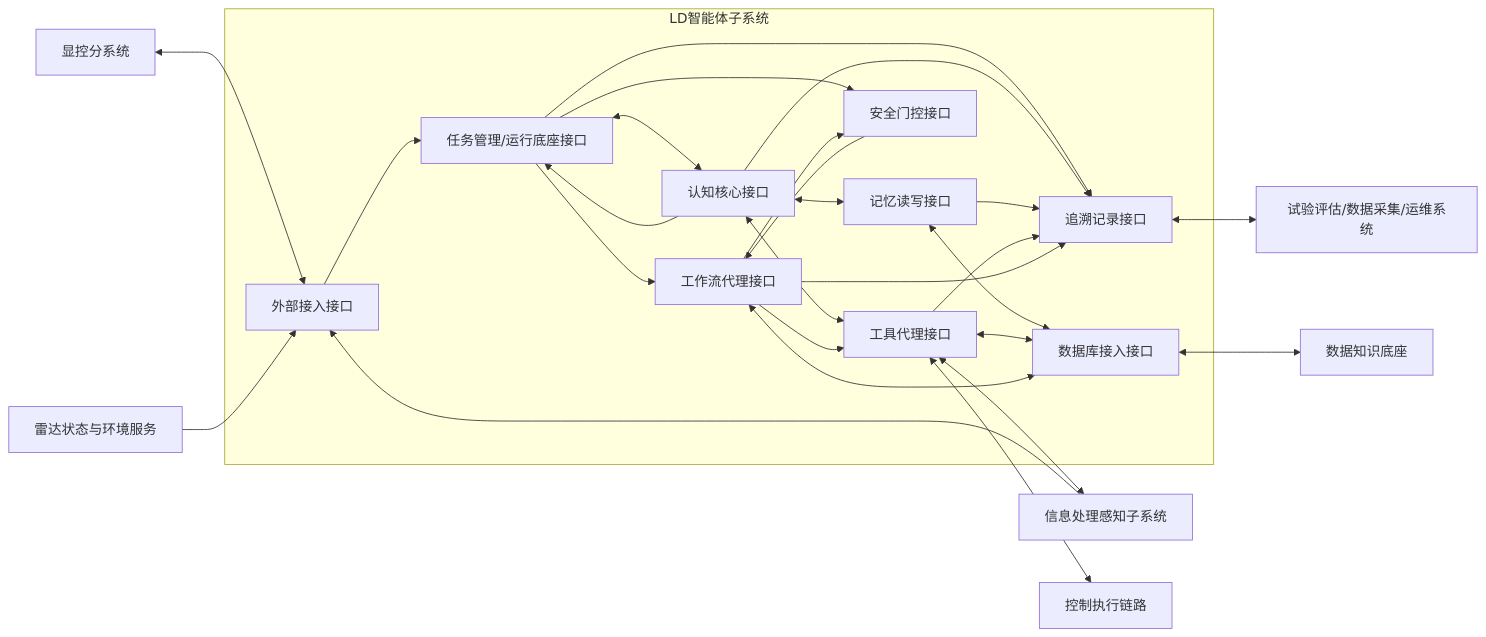
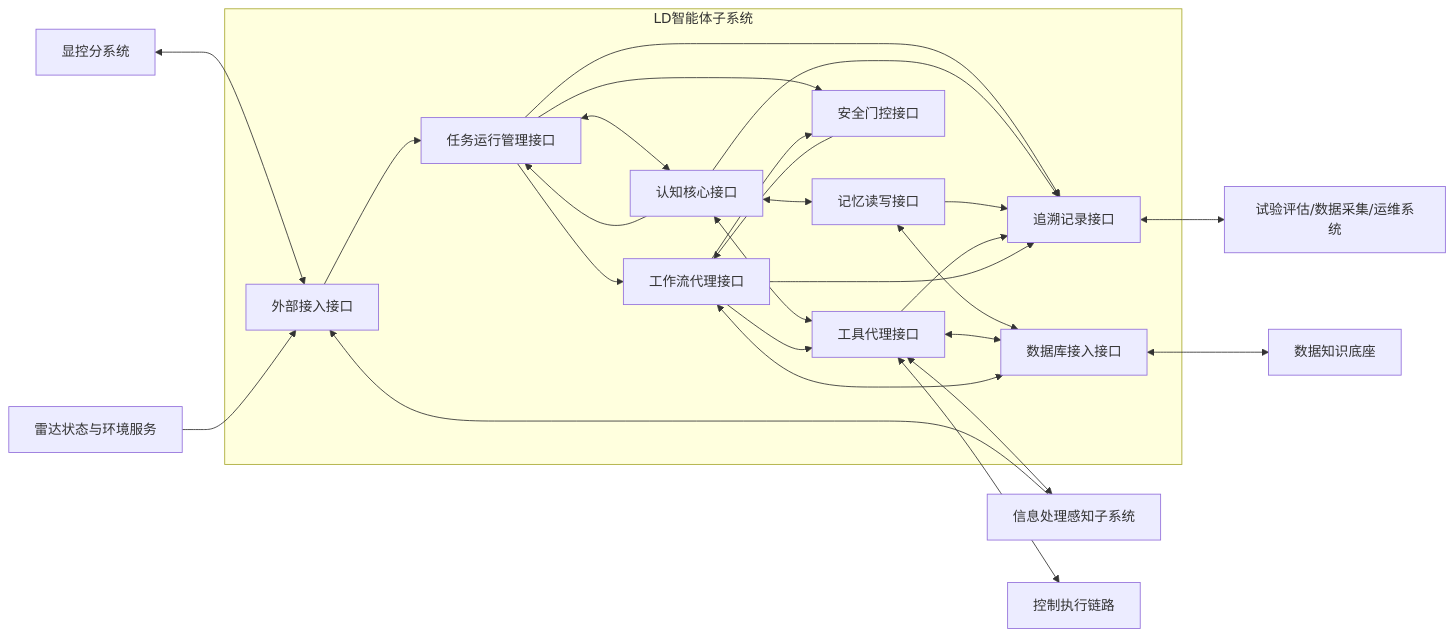
Before and after one commit to StormSeven1/obsidian-vault: the seventh of 7 diagrams in radar agent/4.3.3.2 LD智能体子系统技术方案.md, drawn with Mermaid. The commit also changed other lines of this file, not shown here.

````diff
--- a/radar agent/4.3.3.2 LD智能体子系统技术方案.md
+++ b/radar agent/4.3.3.2 LD智能体子系统技术方案.md
@@ -601,47 +603,47 @@
 ```mermaid
 graph LR
     K1[显控分系统]
     K2[信息处理感知子系统]
     K3[雷达状态与环境服务]
     K4[控制执行链路]
     K5[数据知识底座]
     K6[试验评估/数据采集/运维系统]
 
     subgraph K7[LD智能体子系统]
         K8[外部接入接口]
-        K9[任务管理/运行底座接口]
+        K9[任务运行管理接口]
         K10[认知核心接口]
         K11[记忆读写接口]
         K12[工具代理接口]
         K13[工作流代理接口]
         K14[安全门控接口]
         K15[追溯记录接口]
         K16[数据库接入接口]
     end
 
     K1 <--> K8
     K2 --> K8
     K3 --> K8
     K8 --> K9
     K9 <--> K10
     K10 <--> K11
     K10 <--> K12
     K11 <--> K16
     K12 <--> K16
     K13 <--> K16
     K16 <--> K5
     K12 <--> K2
     K10 --> K9
     K9 --> K13
     K9 --> K14
     K13 --> K14
     K14 --> K13
     K13 --> K12
     K12 <--> K4
     K9 --> K15
     K10 --> K15
     K11 --> K15
     K12 --> K15
     K13 --> K15
     K15 <--> K6
 ```
````
